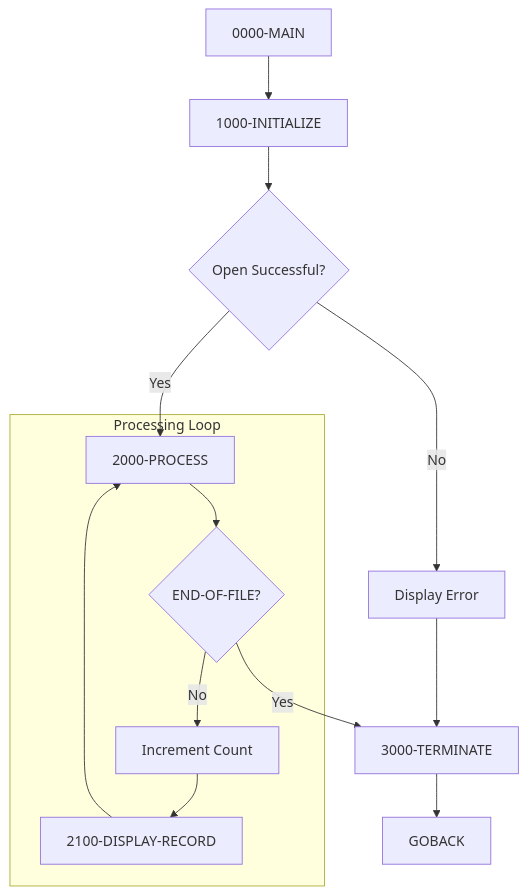
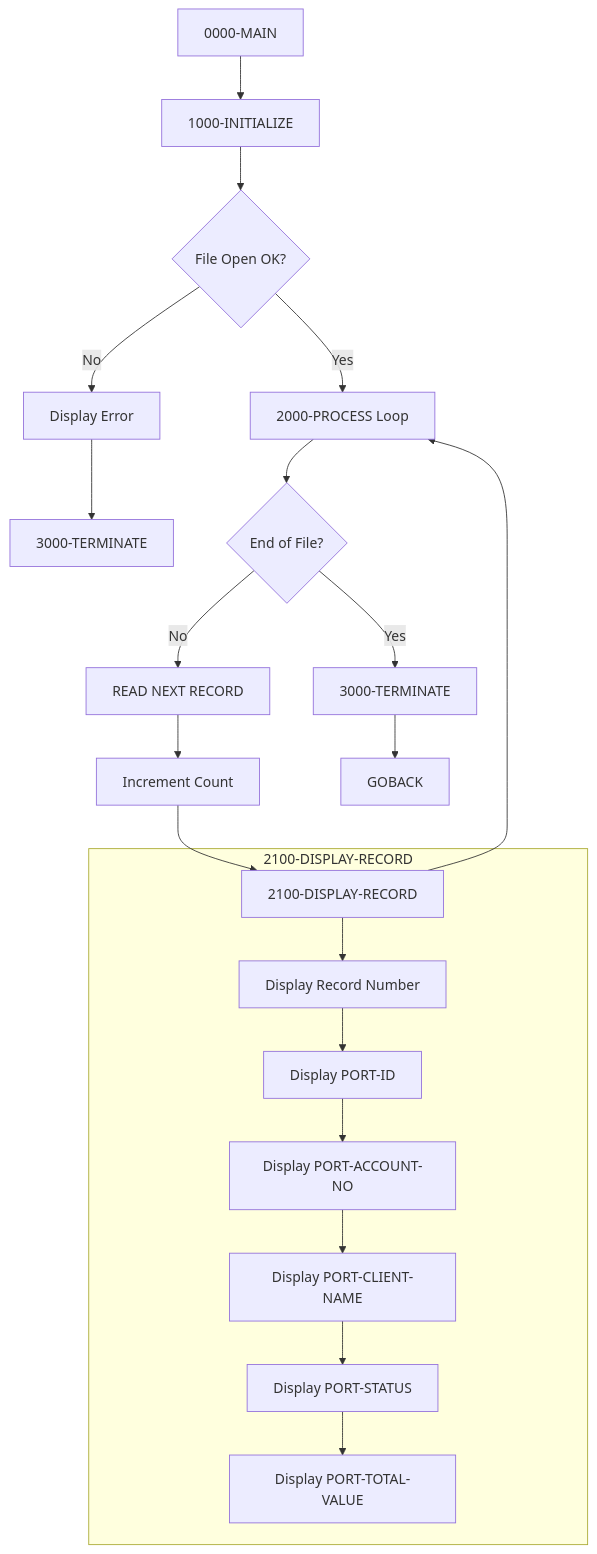
Before and after one commit to haladir-com/legacy-benchmark-docs-vb70e1: the diagram in docs/programs/PORTREAD.mdx, drawn with Mermaid. The commit also changed other lines of this file and 63 other files, not shown here.

````diff
--- a/docs/programs/PORTREAD.mdx
+++ b/docs/programs/PORTREAD.mdx
@@ -19,21 +20,24 @@
 ```mermaid
 graph TD
     A[0000-MAIN] --> B[1000-INITIALIZE]
-    B --> C{Open Successful?}
+    B --> C{File Open OK?}
     C -->|No| D[Display Error]
     D --> E[3000-TERMINATE]
-    C -->|Yes| F[2000-PROCESS]
-    F --> G{END-OF-FILE?}
-    G -->|No| H[Increment Count]
-    H --> I[2100-DISPLAY-RECORD]
-    I --> F
-    G -->|Yes| E
-    E --> J[GOBACK]
+    C -->|Yes| F[2000-PROCESS Loop]
+    F --> G{End of File?}
+    G -->|No| H[READ NEXT RECORD]
+    H --> I[Increment Count]
+    I --> J[2100-DISPLAY-RECORD]
+    J --> F
+    G -->|Yes| K[3000-TERMINATE]
+    K --> L[GOBACK]
     
-    subgraph "Processing Loop"
-        F
-        G
-        H
-        I
+    subgraph "2100-DISPLAY-RECORD"
+        J --> J1[Display Record Number]
+        J1 --> J2[Display PORT-ID]
+        J2 --> J3[Display PORT-ACCOUNT-NO]
+        J3 --> J4[Display PORT-CLIENT-NAME]
+        J4 --> J5[Display PORT-STATUS]
+        J5 --> J6[Display PORT-TOTAL-VALUE]
     end
 ```
````
